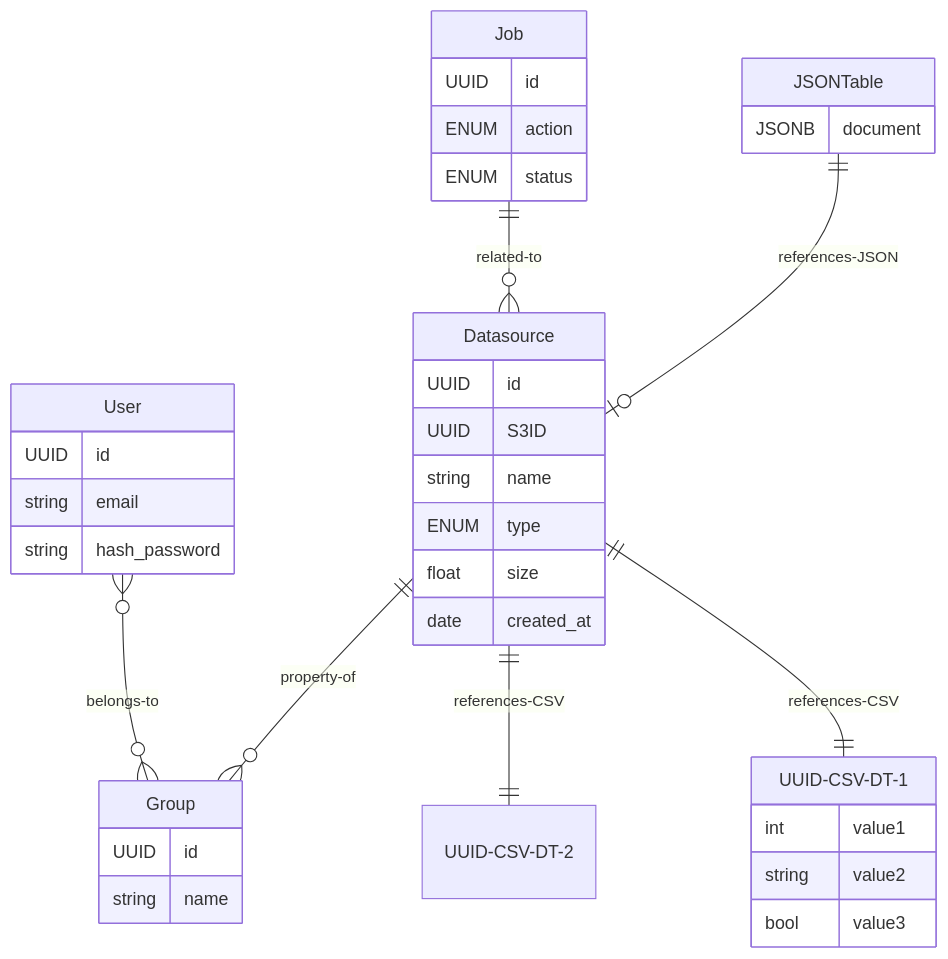
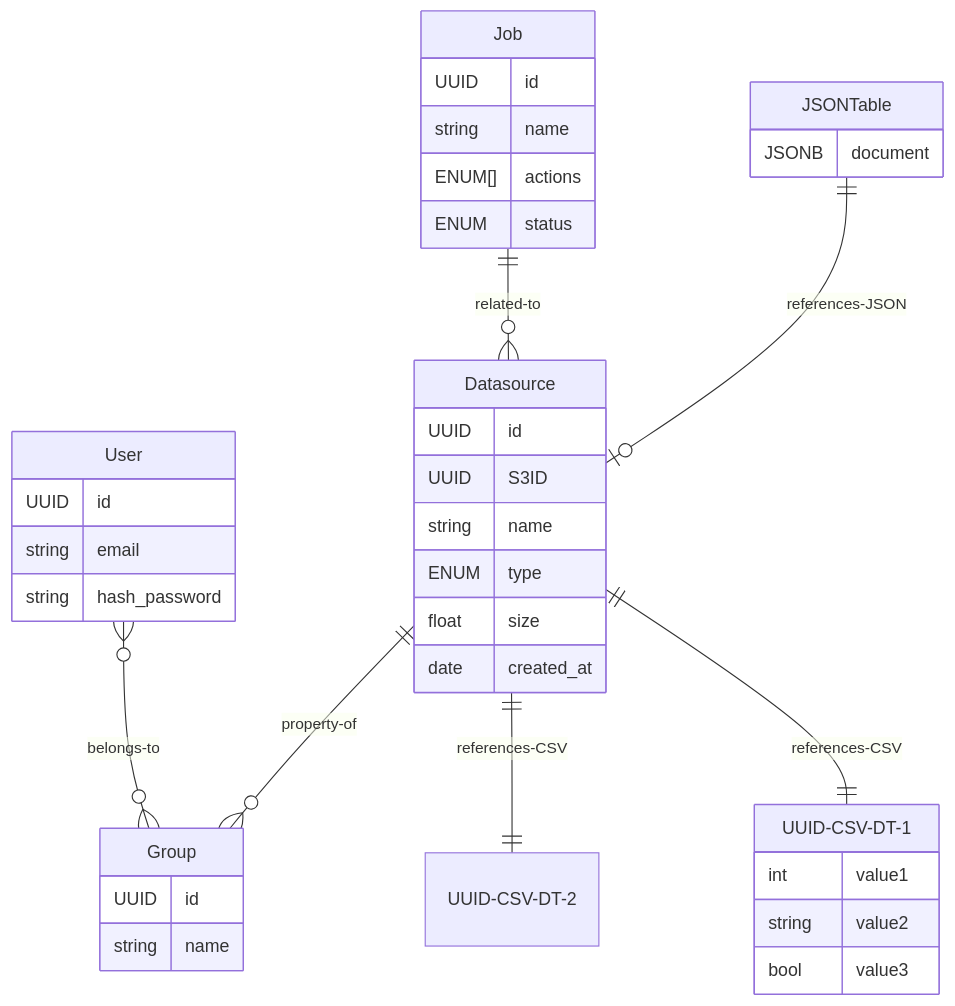
One commit to DO-JENC/data-go-fast changed the diagram in docs/data-go-fast_database-doc.mmd. Above: the diagram before and after it, drawn with Mermaid.

Commit message:
refactor: add Job missing column + action array

```diff
--- a/docs/data-go-fast_database-doc.mmd
+++ b/docs/data-go-fast_database-doc.mmd
@@ -1,41 +1,43 @@
 erDiagram
     User {
         UUID id
         string email
         string hash_password
     }
     User }o--o{ Group : belongs-to
     Group {
         UUID id
         string name
     }
 
     Datasource {
         UUID id
         UUID S3ID
         string name
         ENUM type
         float size
         date created_at
     }
     Datasource ||--|| UUID-CSV-DT-1 : references-CSV
     UUID-CSV-DT-1{
         int value1
         string value2
         bool value3
     }
     Datasource ||--|| UUID-CSV-DT-2 : references-CSV
     UUID-CSV-DT-2{
     }
     JSONTable{
         JSONB document
     }
     JSONTable ||--|o Datasource : references-JSON
     Datasource ||--o{ Group : property-of
 
     Job {
         UUID id
-        ENUM action
+        string name
+        ENUM[] actions
         ENUM status
+
     }
     Job ||--o{ Datasource : related-to
```
